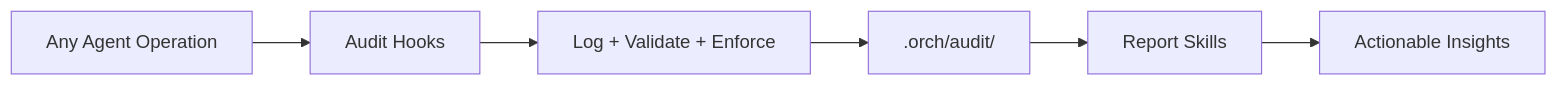
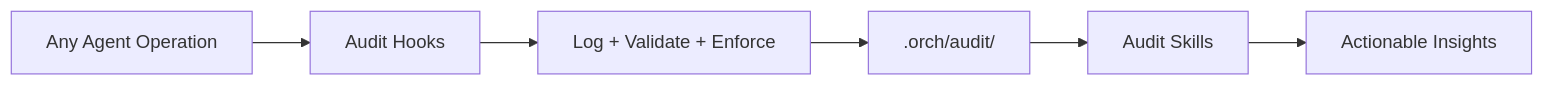
The seventh of 17 diagrams in docs/tech.md (oneinthebox/vscode-ghcp-agents), drawn with Mermaid before and after one commit. The commit also changed other lines of this file and 11 other files, not shown here.

````diff
--- a/docs/tech.md
+++ b/docs/tech.md
@@ -580,8 +605,8 @@
 ```mermaid
 flowchart LR
     A[Any Agent Operation] --> B[Audit Hooks]
     B --> C[Log + Validate + Enforce]
     C --> D[.orch/audit/]
-    D --> E[Report Skills]
+    D --> E[Audit Skills]
     E --> F[Actionable Insights]
 ```
````
